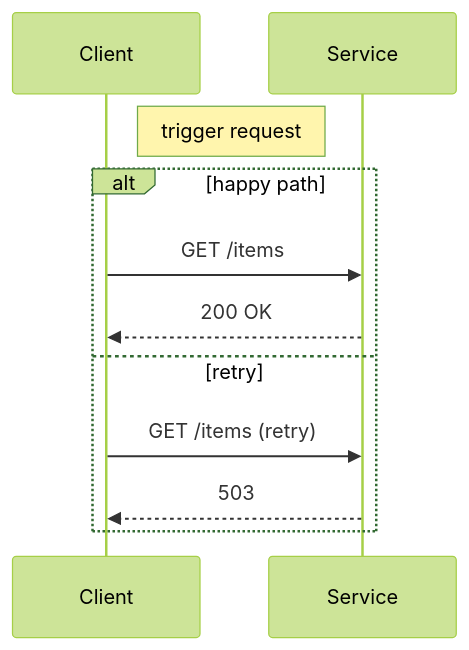
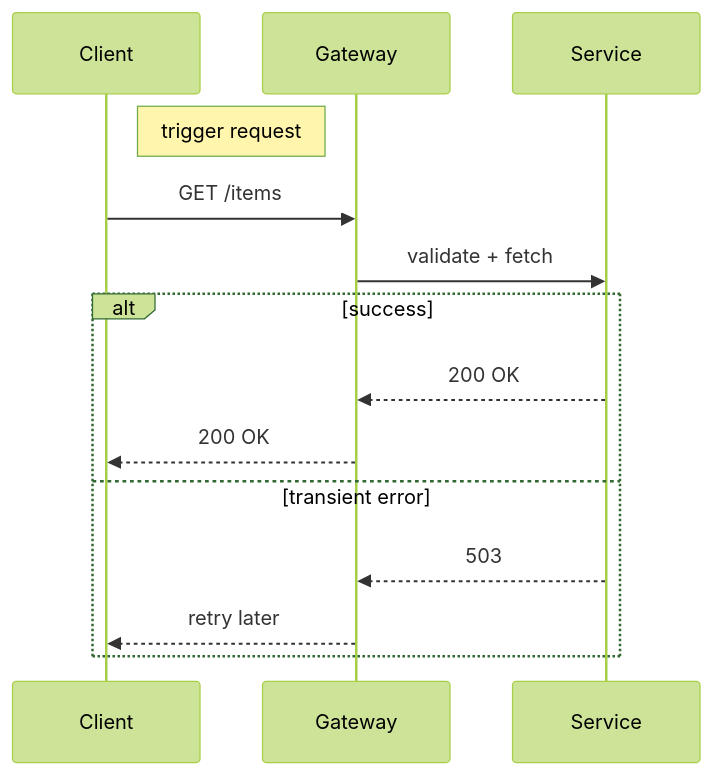
Before and after one commit to lsj5031/MarkieCli: the second of 5 diagrams in examples.md, drawn with Mermaid (forest theme). The commit also changed other lines of this file, not shown here.

Commit message:
docs: expand sequence and state diagram examples

````diff
--- a/examples.md
+++ b/examples.md
@@ -102,13 +102,16 @@
 ```mermaid
 sequenceDiagram
     participant Client
+    participant Gateway
     participant Service
     Note right of Client: trigger request
-    alt happy path
-        Client->>Service: GET /items
-        Service-->>Client: 200 OK
-    else retry
-        Client->>Service: GET /items (retry)
-        Service-->>Client: 503
+    Client->>Gateway: GET /items
+    Gateway->>Service: validate + fetch
+    alt success
+        Service-->>Gateway: 200 OK
+        Gateway-->>Client: 200 OK
+    else transient error
+        Service-->>Gateway: 503
+        Gateway-->>Client: retry later
     end
 ```
````
